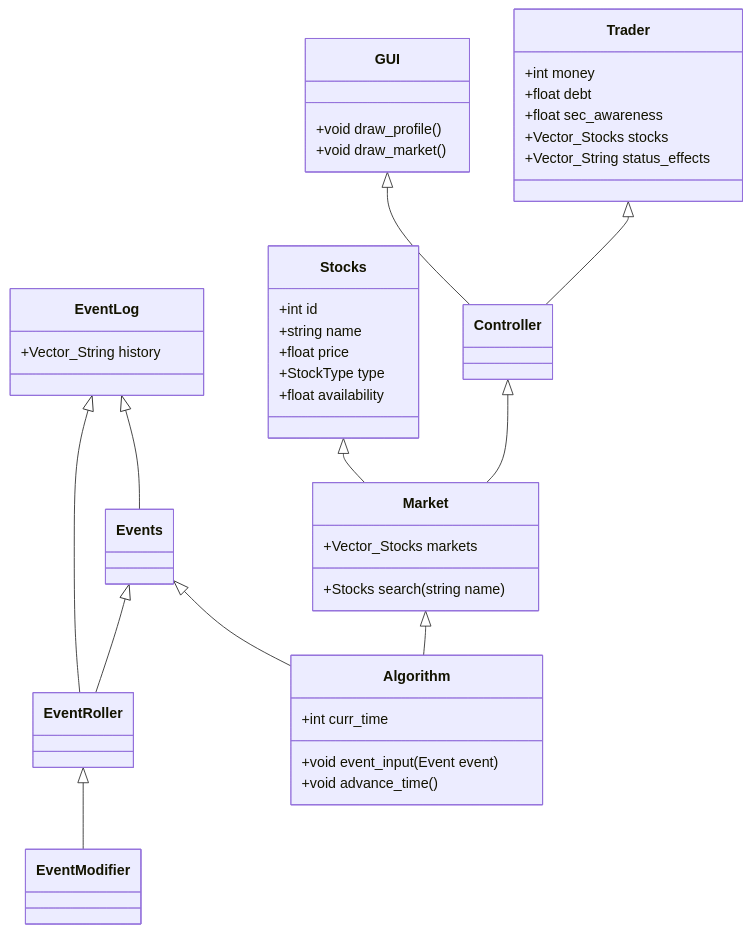
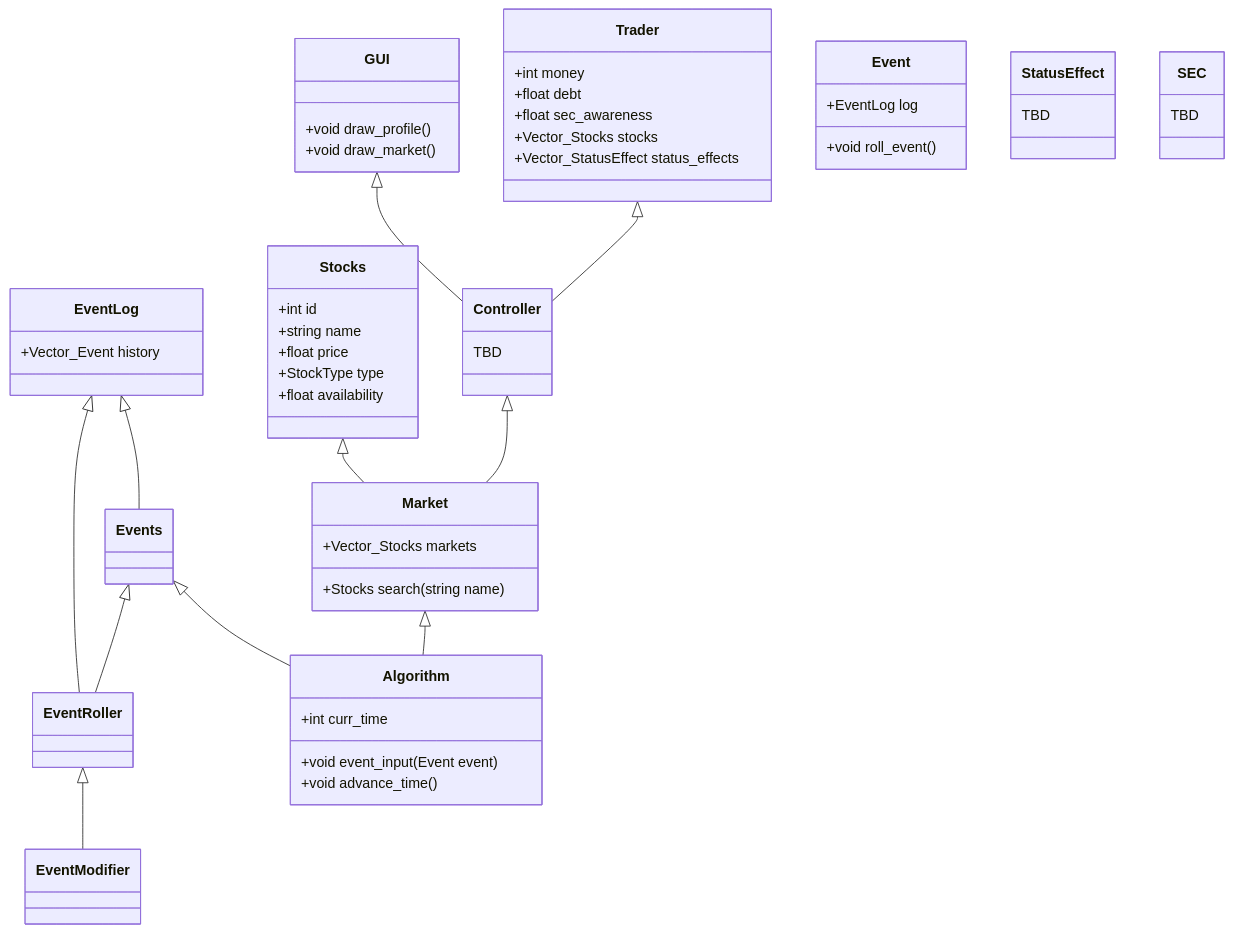
The diagram in README.md (Regorh/Stock-Market-Simulator), drawn with Mermaid before and after one commit.

Commit message:
Update README.md
Used the updated UML instead of the outdated version.

````diff
--- a/README.md
+++ b/README.md
@@ -133,58 +133,58 @@
 ```mermaid
 classDiagram
     Market <|-- Algorithm
     Events <|-- Algorithm
     EventLog <|-- Events
     Stocks <|-- Market
     Trader <|-- Controller
     Controller <|-- Market
     EventRoller <|-- EventModifier
     EventLog <|-- EventRoller
     Events <|-- EventRoller
     GUI <|-- Controller
     
     class Trader {
-        +int money
-        +float debt
-        +float sec_awareness
-        +Vector_Stocks stocks
-        +Vector_String status_effects
-
-    }
-    class Controller {
-
-    }
-    class Events {
-        
-    }
-    class EventLog {
-        +Vector_String history
-    }
-    class Market {
-        +Vector_Stocks markets
-        +Stocks search(string name)
-    }
-    class Algorithm {
-        +int curr_time
-        +void event_input(Event event)
-        +void advance_time()
-    }
-    class Stocks {
-        +int id
-        +string name
-        +float price
-        +StockType type
-        +float availability
-    }
-    class EventModifier {
-
-    }
-    class EventRoller {
-
-    }
-    class GUI {
-        +void draw_profile()
-        +void draw_market()
-        
-    }
+	    +int money
+	    +float debt
+	    +float sec_awareness
+	    +Vector_Stocks stocks
+	    +Vector_StatusEffect status_effects
+	}
+	class Controller {
+	    TBD
+	}
+	class Event {
+	    +EventLog log
+	    +void roll_event()
+	}
+	class StatusEffect {
+	    TBD
+	}
+	class SEC {
+	    TBD
+	}
+	class EventLog {
+	    +Vector_Event history
+	}
+	class Market {
+	    +Vector_Stocks markets
+	    +Stocks search(string name)
+	}
+	class Algorithm {
+	    +int curr_time
+	    +void event_input(Event event)
+	    +void advance_time()
+	}
+	class Stocks {
+	    +int id
+	    +string name
+	    +float price
+	    +StockType type
+	    +float availability
+	}
+	class GUI {
+	    +void draw_profile()
+	    +void draw_market()
+	    
+	}
 ```
````
